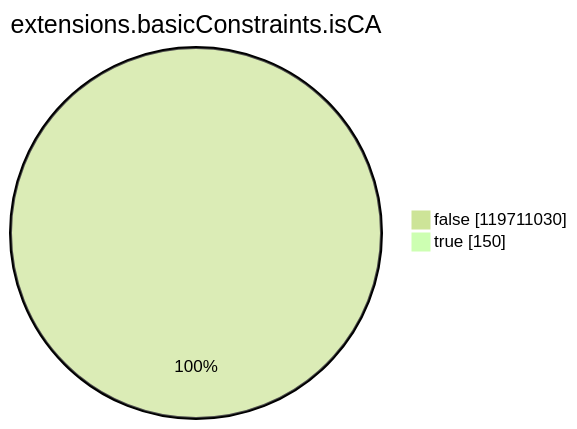
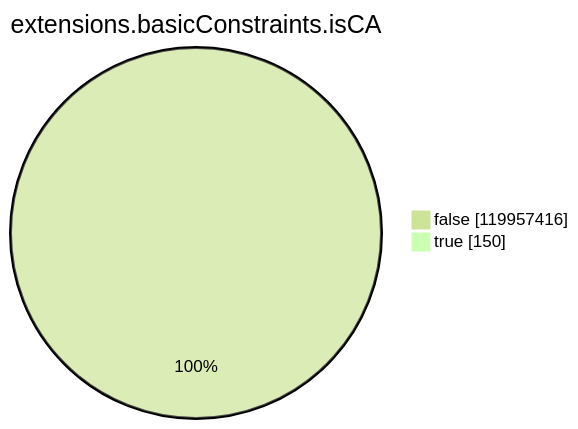
Before and after one commit to christiankrug/ctmonitor_visualization: the seventh of 15 diagrams in xenon2023/README.md, drawn with Mermaid (forest theme). The commit also changed other lines of this file, not shown here.

````diff
--- a/xenon2023/README.md
+++ b/xenon2023/README.md
@@ -2152,6 +2155,6 @@
 ```mermaid
 pie showData
 title extensions.basicConstraints.isCA
-"false" :119711030
+"false" :119957416
 "true" :150
 ```
````
